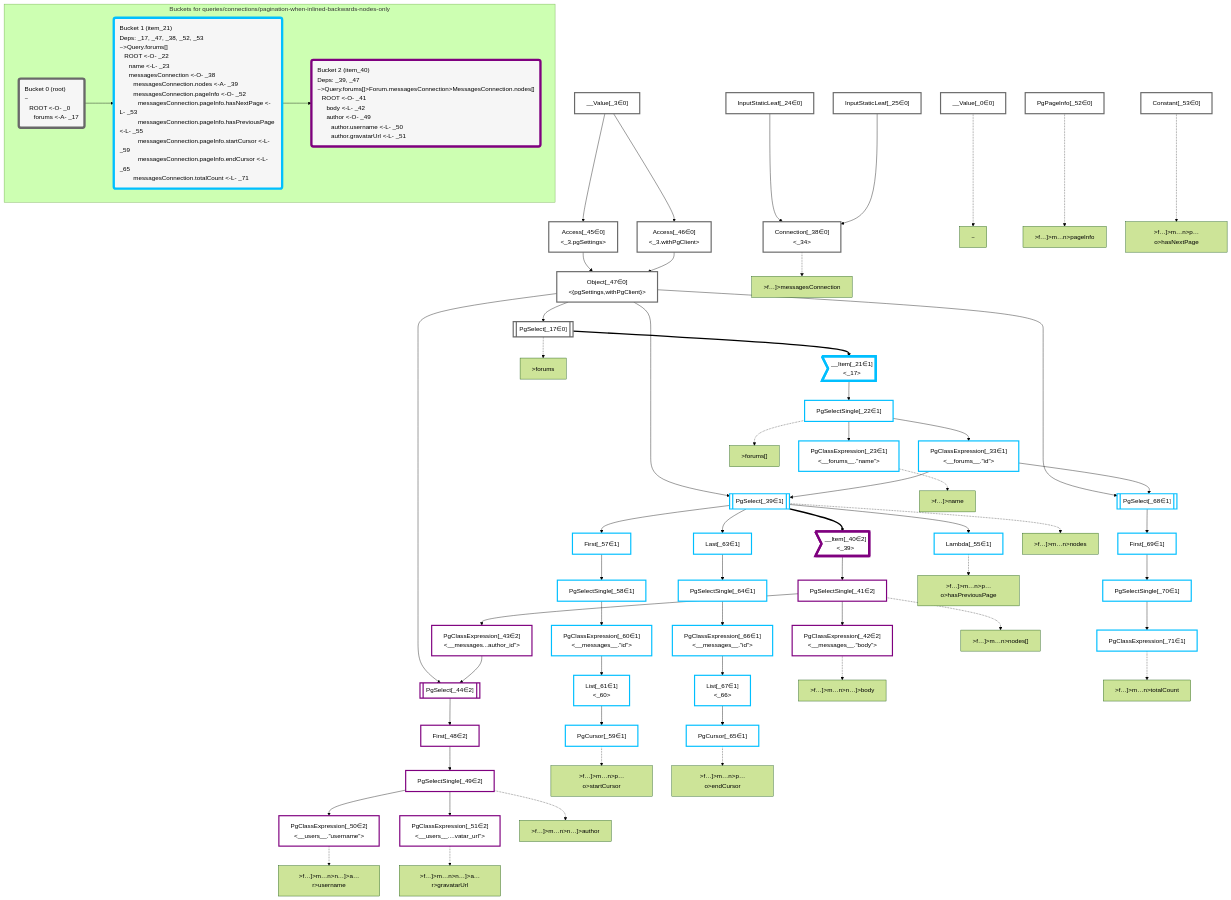
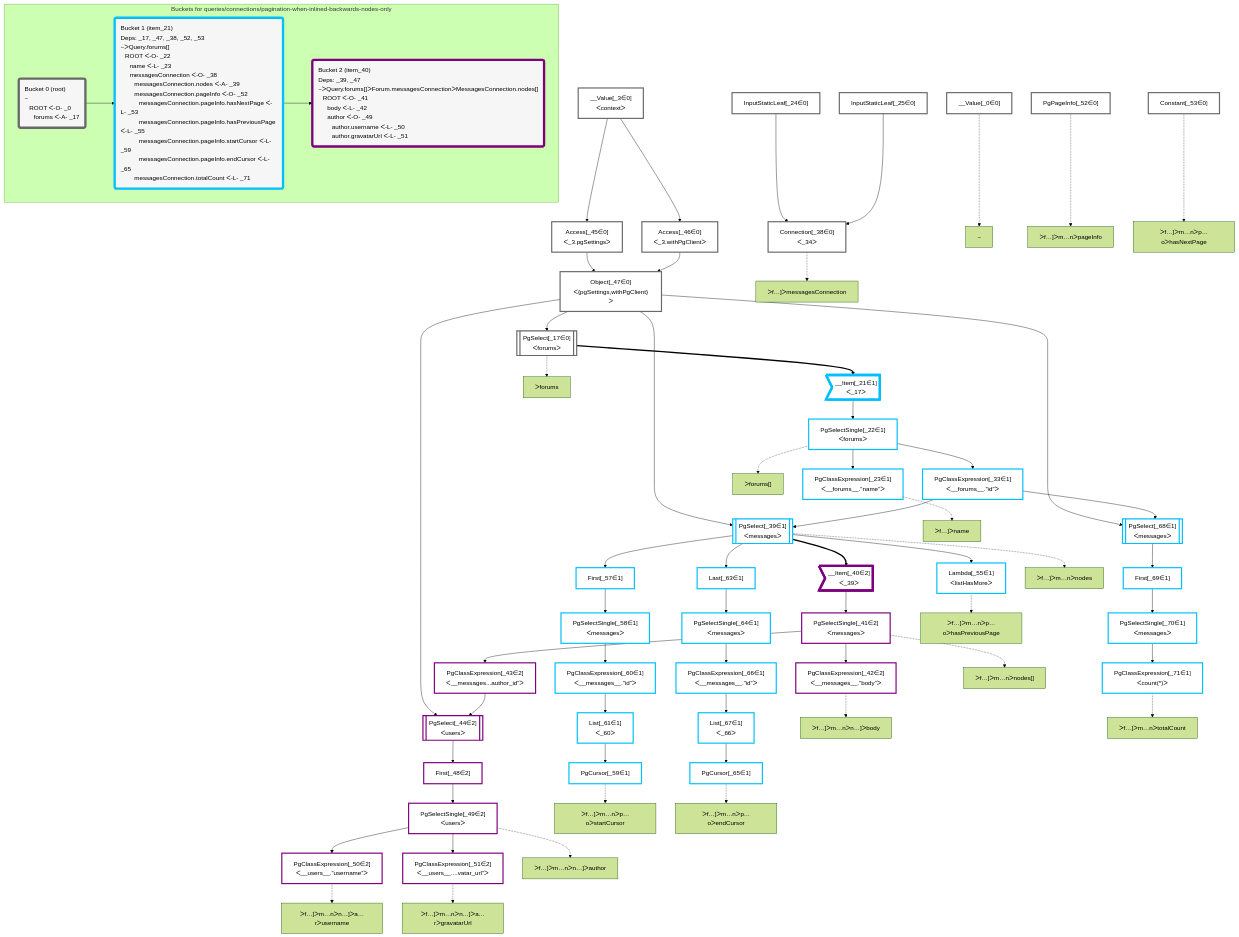
The diagram in packages/dataplan-pg/__tests__/queries/connections/pagination-when-inlined-backwards-nodes-only.deopt.mermaid.md (graphile/crystal), drawn with Mermaid (forest theme) before and after one commit. The commit also changed 195 other files, not shown here.

```diff
--- a/packages/dataplan-pg/__tests__/queries/connections/pagination-when-inlined-backwards-nodes-only.deopt.mermaid.md
+++ b/packages/dataplan-pg/__tests__/queries/connections/pagination-when-inlined-backwards-nodes-only.deopt.mermaid.md
@@ -9,45 +9,45 @@
 
     %% define plans
     __Value_0["__Value[_0∈0]"]:::plan
-    __Value_3["__Value[_3∈0]<br /><context>"]:::plan
-    PgSelect_17[["PgSelect[_17∈0]<br /><forums>"]]:::plan
-    __Item_21>"__Item[_21∈1]<br /><_17>"]:::itemplan
-    PgSelectSingle_22["PgSelectSingle[_22∈1]<br /><forums>"]:::plan
-    PgClassExpression_23["PgClassExpression[_23∈1]<br /><__forums__.”name”>"]:::plan
+    __Value_3["__Value[_3∈0]<br />ᐸcontextᐳ"]:::plan
+    PgSelect_17[["PgSelect[_17∈0]<br />ᐸforumsᐳ"]]:::plan
+    __Item_21>"__Item[_21∈1]<br />ᐸ_17ᐳ"]:::itemplan
+    PgSelectSingle_22["PgSelectSingle[_22∈1]<br />ᐸforumsᐳ"]:::plan
+    PgClassExpression_23["PgClassExpression[_23∈1]<br />ᐸ__forums__.”name”ᐳ"]:::plan
     InputStaticLeaf_24["InputStaticLeaf[_24∈0]"]:::plan
     InputStaticLeaf_25["InputStaticLeaf[_25∈0]"]:::plan
-    PgClassExpression_33["PgClassExpression[_33∈1]<br /><__forums__.”id”>"]:::plan
-    Connection_38["Connection[_38∈0]<br /><_34>"]:::plan
-    PgSelect_39[["PgSelect[_39∈1]<br /><messages>"]]:::plan
-    __Item_40>"__Item[_40∈2]<br /><_39>"]:::itemplan
-    PgSelectSingle_41["PgSelectSingle[_41∈2]<br /><messages>"]:::plan
-    PgClassExpression_42["PgClassExpression[_42∈2]<br /><__messages__.”body”>"]:::plan
-    PgClassExpression_43["PgClassExpression[_43∈2]<br /><__messages...author_id”>"]:::plan
-    PgSelect_44[["PgSelect[_44∈2]<br /><users>"]]:::plan
-    Access_45["Access[_45∈0]<br /><_3.pgSettings>"]:::plan
-    Access_46["Access[_46∈0]<br /><_3.withPgClient>"]:::plan
-    Object_47["Object[_47∈0]<br /><{pgSettings,withPgClient}>"]:::plan
+    PgClassExpression_33["PgClassExpression[_33∈1]<br />ᐸ__forums__.”id”ᐳ"]:::plan
+    Connection_38["Connection[_38∈0]<br />ᐸ_34ᐳ"]:::plan
+    PgSelect_39[["PgSelect[_39∈1]<br />ᐸmessagesᐳ"]]:::plan
+    __Item_40>"__Item[_40∈2]<br />ᐸ_39ᐳ"]:::itemplan
+    PgSelectSingle_41["PgSelectSingle[_41∈2]<br />ᐸmessagesᐳ"]:::plan
+    PgClassExpression_42["PgClassExpression[_42∈2]<br />ᐸ__messages__.”body”ᐳ"]:::plan
+    PgClassExpression_43["PgClassExpression[_43∈2]<br />ᐸ__messages...author_id”ᐳ"]:::plan
+    PgSelect_44[["PgSelect[_44∈2]<br />ᐸusersᐳ"]]:::plan
+    Access_45["Access[_45∈0]<br />ᐸ_3.pgSettingsᐳ"]:::plan
+    Access_46["Access[_46∈0]<br />ᐸ_3.withPgClientᐳ"]:::plan
+    Object_47["Object[_47∈0]<br />ᐸ{pgSettings,withPgClient}ᐳ"]:::plan
     First_48["First[_48∈2]"]:::plan
-    PgSelectSingle_49["PgSelectSingle[_49∈2]<br /><users>"]:::plan
-    PgClassExpression_50["PgClassExpression[_50∈2]<br /><__users__.”username”>"]:::plan
-    PgClassExpression_51["PgClassExpression[_51∈2]<br /><__users__....vatar_url”>"]:::plan
+    PgSelectSingle_49["PgSelectSingle[_49∈2]<br />ᐸusersᐳ"]:::plan
+    PgClassExpression_50["PgClassExpression[_50∈2]<br />ᐸ__users__.”username”ᐳ"]:::plan
+    PgClassExpression_51["PgClassExpression[_51∈2]<br />ᐸ__users__....vatar_url”ᐳ"]:::plan
     PgPageInfo_52["PgPageInfo[_52∈0]"]:::plan
     Constant_53["Constant[_53∈0]"]:::plan
-    Lambda_55["Lambda[_55∈1]<br /><listHasMore>"]:::plan
+    Lambda_55["Lambda[_55∈1]<br />ᐸlistHasMoreᐳ"]:::plan
     First_57["First[_57∈1]"]:::plan
-    PgSelectSingle_58["PgSelectSingle[_58∈1]<br /><messages>"]:::plan
+    PgSelectSingle_58["PgSelectSingle[_58∈1]<br />ᐸmessagesᐳ"]:::plan
     PgCursor_59["PgCursor[_59∈1]"]:::plan
-    PgClassExpression_60["PgClassExpression[_60∈1]<br /><__messages__.”id”>"]:::plan
-    List_61["List[_61∈1]<br /><_60>"]:::plan
+    PgClassExpression_60["PgClassExpression[_60∈1]<br />ᐸ__messages__.”id”ᐳ"]:::plan
+    List_61["List[_61∈1]<br />ᐸ_60ᐳ"]:::plan
     Last_63["Last[_63∈1]"]:::plan
-    PgSelectSingle_64["PgSelectSingle[_64∈1]<br /><messages>"]:::plan
+    PgSelectSingle_64["PgSelectSingle[_64∈1]<br />ᐸmessagesᐳ"]:::plan
     PgCursor_65["PgCursor[_65∈1]"]:::plan
-    PgClassExpression_66["PgClassExpression[_66∈1]<br /><__messages__.”id”>"]:::plan
-    List_67["List[_67∈1]<br /><_66>"]:::plan
-    PgSelect_68[["PgSelect[_68∈1]<br /><messages>"]]:::plan
+    PgClassExpression_66["PgClassExpression[_66∈1]<br />ᐸ__messages__.”id”ᐳ"]:::plan
+    List_67["List[_67∈1]<br />ᐸ_66ᐳ"]:::plan
+    PgSelect_68[["PgSelect[_68∈1]<br />ᐸmessagesᐳ"]]:::plan
     First_69["First[_69∈1]"]:::plan
-    PgSelectSingle_70["PgSelectSingle[_70∈1]<br /><messages>"]:::plan
-    PgClassExpression_71["PgClassExpression[_71∈1]<br /><count(*)>"]:::plan
+    PgSelectSingle_70["PgSelectSingle[_70∈1]<br />ᐸmessagesᐳ"]:::plan
+    PgClassExpression_71["PgClassExpression[_71∈1]<br />ᐸcount(*)ᐳ"]:::plan
 
     %% plan dependencies
     Object_47 --> PgSelect_17
@@ -93,37 +93,37 @@
     %% plan-to-path relationships
     P_0["~"]
     __Value_0 -.-> P_0
-    P_17[">forums"]
+    P_17["ᐳforums"]
     PgSelect_17 -.-> P_17
-    P_22[">forums[]"]
+    P_22["ᐳforums[]"]
     PgSelectSingle_22 -.-> P_22
-    P_23[">f…]>name"]
+    P_23["ᐳf…]ᐳname"]
     PgClassExpression_23 -.-> P_23
-    P_38[">f…]>messagesConnection"]
+    P_38["ᐳf…]ᐳmessagesConnection"]
     Connection_38 -.-> P_38
-    P_39[">f…]>m…n>nodes"]
+    P_39["ᐳf…]ᐳm…nᐳnodes"]
     PgSelect_39 -.-> P_39
-    P_41[">f…]>m…n>nodes[]"]
+    P_41["ᐳf…]ᐳm…nᐳnodes[]"]
     PgSelectSingle_41 -.-> P_41
-    P_42[">f…]>m…n>n…]>body"]
+    P_42["ᐳf…]ᐳm…nᐳn…]ᐳbody"]
     PgClassExpression_42 -.-> P_42
-    P_49[">f…]>m…n>n…]>author"]
+    P_49["ᐳf…]ᐳm…nᐳn…]ᐳauthor"]
     PgSelectSingle_49 -.-> P_49
-    P_50[">f…]>m…n>n…]>a…r>username"]
+    P_50["ᐳf…]ᐳm…nᐳn…]ᐳa…rᐳusername"]
     PgClassExpression_50 -.-> P_50
-    P_51[">f…]>m…n>n…]>a…r>gravatarUrl"]
+    P_51["ᐳf…]ᐳm…nᐳn…]ᐳa…rᐳgravatarUrl"]
     PgClassExpression_51 -.-> P_51
-    P_52[">f…]>m…n>pageInfo"]
+    P_52["ᐳf…]ᐳm…nᐳpageInfo"]
     PgPageInfo_52 -.-> P_52
-    P_53[">f…]>m…n>p…o>hasNextPage"]
+    P_53["ᐳf…]ᐳm…nᐳp…oᐳhasNextPage"]
     Constant_53 -.-> P_53
-    P_55[">f…]>m…n>p…o>hasPreviousPage"]
+    P_55["ᐳf…]ᐳm…nᐳp…oᐳhasPreviousPage"]
     Lambda_55 -.-> P_55
-    P_59[">f…]>m…n>p…o>startCursor"]
+    P_59["ᐳf…]ᐳm…nᐳp…oᐳstartCursor"]
     PgCursor_59 -.-> P_59
-    P_65[">f…]>m…n>p…o>endCursor"]
+    P_65["ᐳf…]ᐳm…nᐳp…oᐳendCursor"]
     PgCursor_65 -.-> P_65
-    P_71[">f…]>m…n>totalCount"]
+    P_71["ᐳf…]ᐳm…nᐳtotalCount"]
     PgClassExpression_71 -.-> P_71
 
     %% allocate buckets
@@ -135,12 +135,12 @@
     class __Item_40,PgSelectSingle_41,PgClassExpression_42,PgClassExpression_43,PgSelect_44,First_48,PgSelectSingle_49,PgClassExpression_50,PgClassExpression_51 bucket2
 
     subgraph "Buckets for queries/connections/pagination-when-inlined-backwards-nodes-only"
-    Bucket0("Bucket 0 (root)<br />~<br />⠀ROOT <-O- _0<br />⠀⠀forums <-A- _17"):::bucket
+    Bucket0("Bucket 0 (root)<br />~<br />⠀ROOT ᐸ-O- _0<br />⠀⠀forums ᐸ-A- _17"):::bucket
     style Bucket0 stroke:#696969
-    Bucket1("Bucket 1 (item_21)<br />Deps: _17, _47, _38, _52, _53<br />~>Query.forums[]<br />⠀ROOT <-O- _22<br />⠀⠀name <-L- _23<br />⠀⠀messagesConnection <-O- _38<br />⠀⠀⠀messagesConnection.nodes <-A- _39<br />⠀⠀⠀messagesConnection.pageInfo <-O- _52<br />⠀⠀⠀⠀messagesConnection.pageInfo.hasNextPage <-L- _53<br />⠀⠀⠀⠀messagesConnection.pageInfo.hasPreviousPage <-L- _55<br />⠀⠀⠀⠀messagesConnection.pageInfo.startCursor <-L- _59<br />⠀⠀⠀⠀messagesConnection.pageInfo.endCursor <-L- _65<br />⠀⠀⠀messagesConnection.totalCount <-L- _71"):::bucket
+    Bucket1("Bucket 1 (item_21)<br />Deps: _17, _47, _38, _52, _53<br />~ᐳQuery.forums[]<br />⠀ROOT ᐸ-O- _22<br />⠀⠀name ᐸ-L- _23<br />⠀⠀messagesConnection ᐸ-O- _38<br />⠀⠀⠀messagesConnection.nodes ᐸ-A- _39<br />⠀⠀⠀messagesConnection.pageInfo ᐸ-O- _52<br />⠀⠀⠀⠀messagesConnection.pageInfo.hasNextPage ᐸ-L- _53<br />⠀⠀⠀⠀messagesConnection.pageInfo.hasPreviousPage ᐸ-L- _55<br />⠀⠀⠀⠀messagesConnection.pageInfo.startCursor ᐸ-L- _59<br />⠀⠀⠀⠀messagesConnection.pageInfo.endCursor ᐸ-L- _65<br />⠀⠀⠀messagesConnection.totalCount ᐸ-L- _71"):::bucket
     style Bucket1 stroke:#00bfff
     Bucket0 --> Bucket1
-    Bucket2("Bucket 2 (item_40)<br />Deps: _39, _47<br />~>Query.forums[]>Forum.messagesConnection>MessagesConnection.nodes[]<br />⠀ROOT <-O- _41<br />⠀⠀body <-L- _42<br />⠀⠀author <-O- _49<br />⠀⠀⠀author.username <-L- _50<br />⠀⠀⠀author.gravatarUrl <-L- _51"):::bucket
+    Bucket2("Bucket 2 (item_40)<br />Deps: _39, _47<br />~ᐳQuery.forums[]ᐳForum.messagesConnectionᐳMessagesConnection.nodes[]<br />⠀ROOT ᐸ-O- _41<br />⠀⠀body ᐸ-L- _42<br />⠀⠀author ᐸ-O- _49<br />⠀⠀⠀author.username ᐸ-L- _50<br />⠀⠀⠀author.gravatarUrl ᐸ-L- _51"):::bucket
     style Bucket2 stroke:#7f007f
     Bucket1 --> Bucket2
     end
```
